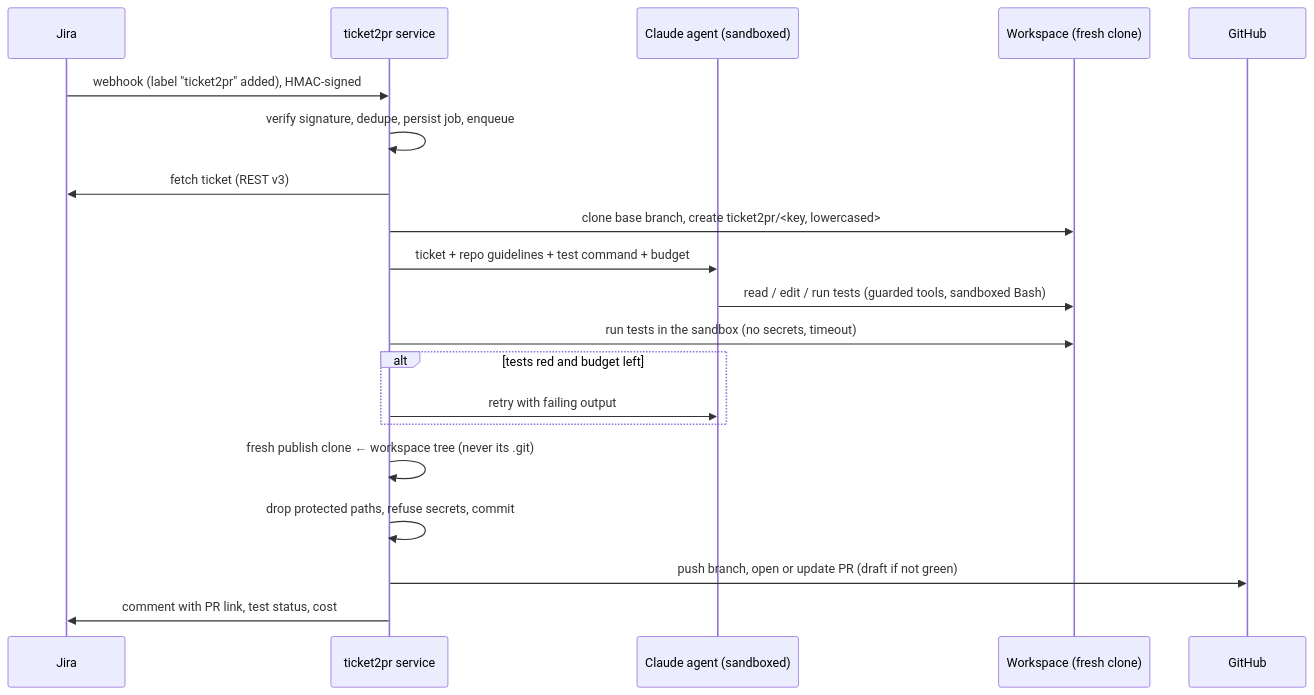
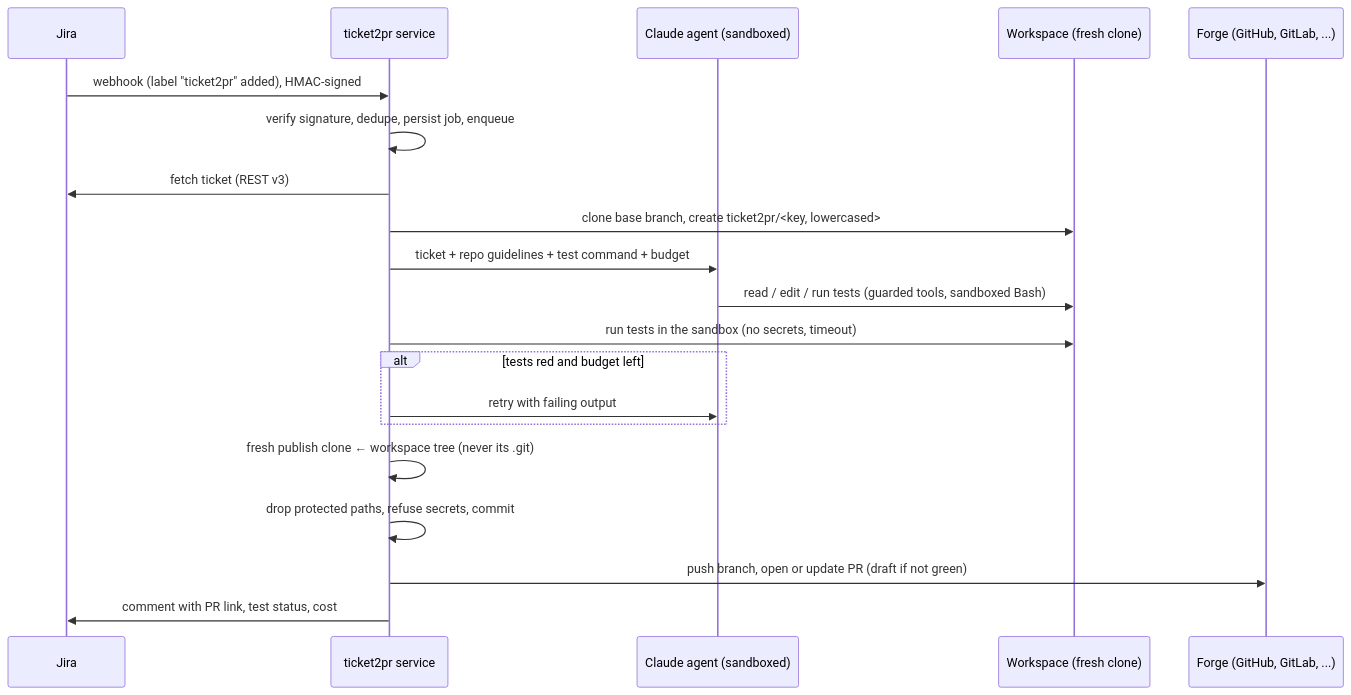
One commit to chawkijaballi-dev/ticket2pr changed the diagram in README.md. Above: the diagram before and after it, drawn with Mermaid. The commit also changed other lines of this file and 25 other files, not shown here.

First line of the commit message:
feat: support GitLab, Bitbucket, Azure DevOps and Gitea/Forgejo next to GitHub

````diff
--- a/README.md
+++ b/README.md
@@ -77,23 +77,23 @@
 ```mermaid
 sequenceDiagram
     participant Jira
     participant API as ticket2pr service
     participant Agent as Claude agent (sandboxed)
     participant Repo as Workspace (fresh clone)
-    participant GH as GitHub
+    participant GH as Forge (GitHub, GitLab, ...)
 
     Jira->>API: webhook (label "ticket2pr" added), HMAC-signed
     API->>API: verify signature, dedupe, persist job, enqueue
     API->>Jira: fetch ticket (REST v3)
     API->>Repo: clone base branch, create ticket2pr/<key, lowercased>
     API->>Agent: ticket + repo guidelines + test command + budget
     Agent->>Repo: read / edit / run tests (guarded tools, sandboxed Bash)
     API->>Repo: run tests in the sandbox (no secrets, timeout)
     alt tests red and budget left
         API->>Agent: retry with failing output
     end
     API->>API: fresh publish clone ← workspace tree (never its .git)
     API->>API: drop protected paths, refuse secrets, commit
     API->>GH: push branch, open or update PR (draft if not green)
     API->>Jira: comment with PR link, test status, cost
 ```
````
